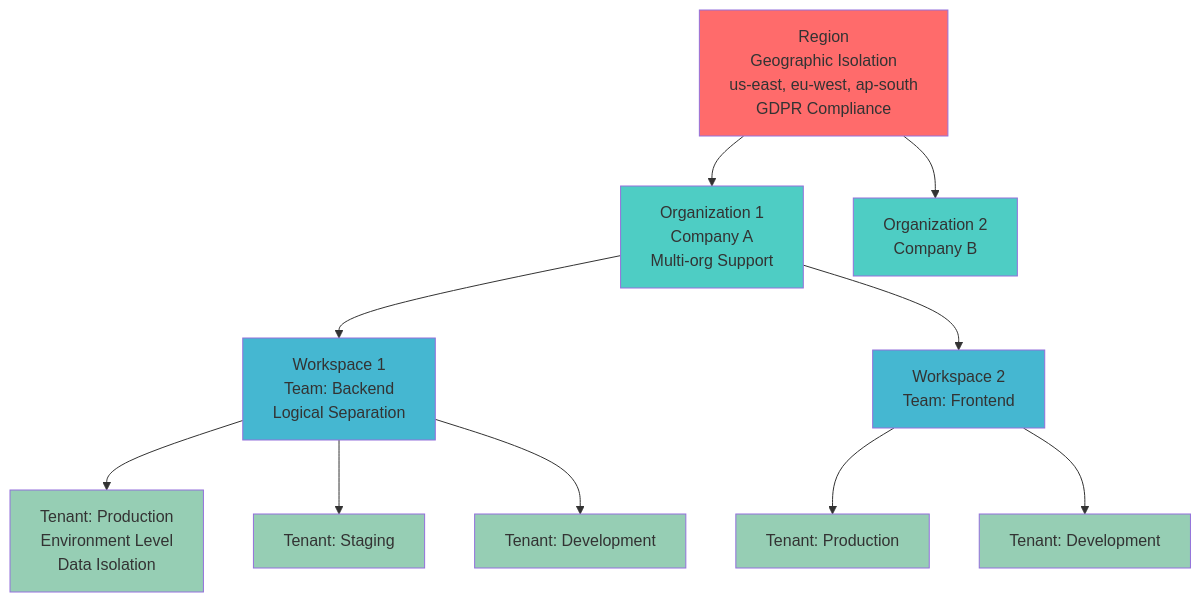
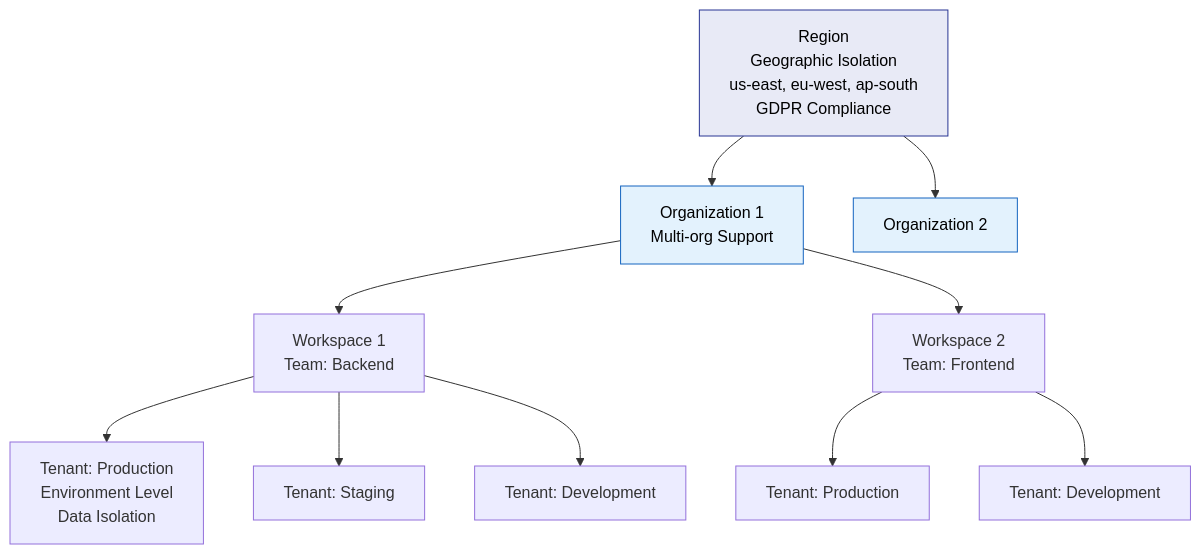
One commit to telemetryflow/telemetryflow-overview changed the fifth of 12 diagrams in README.md. Above: the diagram before and after it, drawn with Mermaid. The commit also changed other lines of this file and 68 other files, not shown here.

````diff
--- a/README.md
+++ b/README.md
@@ -292,28 +387,21 @@
 ```mermaid
 graph TD
     REGION[Region<br/>Geographic Isolation<br/>us-east, eu-west, ap-south<br/>GDPR Compliance]
 
-    REGION --> ORG1[Organization 1<br/>Company A<br/>Multi-org Support]
-    REGION --> ORG2[Organization 2<br/>Company B]
+    REGION --> ORG1[Organization 1<br/>Multi-org Support]
+    REGION --> ORG2[Organization 2]
 
-    ORG1 --> WS1[Workspace 1<br/>Team: Backend<br/>Logical Separation]
+    ORG1 --> WS1[Workspace 1<br/>Team: Backend]
     ORG1 --> WS2[Workspace 2<br/>Team: Frontend]
 
     WS1 --> T1[Tenant: Production<br/>Environment Level<br/>Data Isolation]
     WS1 --> T2[Tenant: Staging]
     WS1 --> T3[Tenant: Development]
 
     WS2 --> T4[Tenant: Production]
     WS2 --> T5[Tenant: Development]
 
-    style REGION fill:#FF6B6B
-    style ORG1 fill:#4ECDC4
-    style ORG2 fill:#4ECDC4
-    style WS1 fill:#45B7D1
-    style WS2 fill:#45B7D1
-    style T1 fill:#96CEB4
-    style T2 fill:#96CEB4
-    style T3 fill:#96CEB4
-    style T4 fill:#96CEB4
-    style T5 fill:#96CEB4
+    style REGION fill:#e8eaf6,stroke:#283593,color:#000
+    style ORG1 fill:#e3f2fd,stroke:#1565c0,color:#000
+    style ORG2 fill:#e3f2fd,stroke:#1565c0,color:#000
 ```
````
